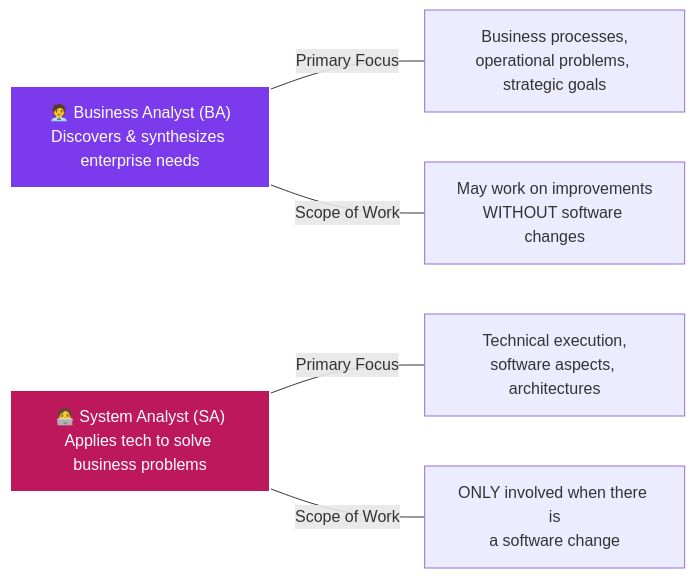
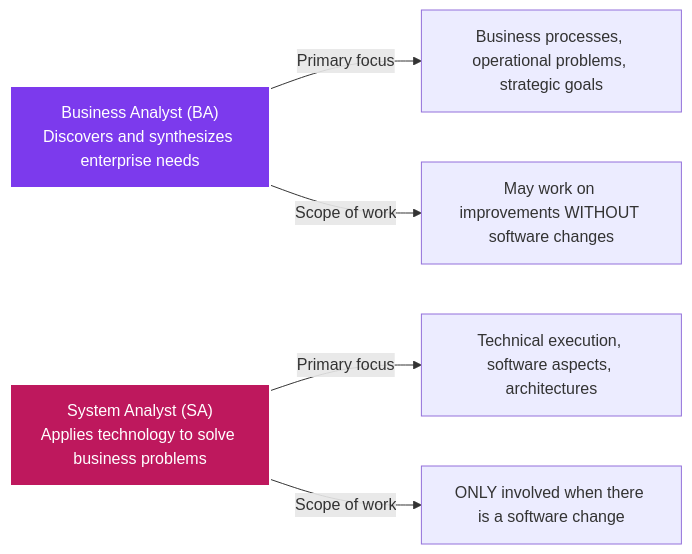
The fifth of 8 diagrams in Lec 1.md (Hager-ali191/SAAD), drawn with Mermaid before and after one commit. The commit also changed other lines of this file, not shown here.

````diff
--- a/Lec 1.md
+++ b/Lec 1.md
@@ -78,14 +114,14 @@
 ```mermaid
 graph LR
     classDef ba fill:#7c3aed,stroke:#fff,stroke-width:2px,color:#fff;
     classDef sa fill:#be185d,stroke:#fff,stroke-width:2px,color:#fff;
 
-    BA["🧑‍💼 Business Analyst (BA)<br/>Discovers & synthesizes enterprise needs"]:::ba
-    SA["🧑‍💻 System Analyst (SA)<br/>Applies tech to solve business problems"]:::sa
+    BA["Business Analyst (BA)<br/>Discovers and synthesizes enterprise needs"]:::ba
+    SA["System Analyst (SA)<br/>Applies technology to solve business problems"]:::sa
 
-    BA ---|Primary Focus| F1["Business processes,<br/>operational problems, strategic goals"]
-    SA ---|Primary Focus| F2["Technical execution,<br/>software aspects, architectures"]
+    BA -->|Primary focus| F1["Business processes, operational problems, strategic goals"]
+    SA -->|Primary focus| F2["Technical execution, software aspects, architectures"]
 
-    BA ---|Scope of Work| S1["May work on improvements<br/>WITHOUT software changes"]
-    SA ---|Scope of Work| S2["ONLY involved when there is<br/>a software change"]
+    BA -->|Scope of work| S1["May work on improvements WITHOUT software changes"]
+    SA -->|Scope of work| S2["ONLY involved when there is a software change"]
 ```
````
